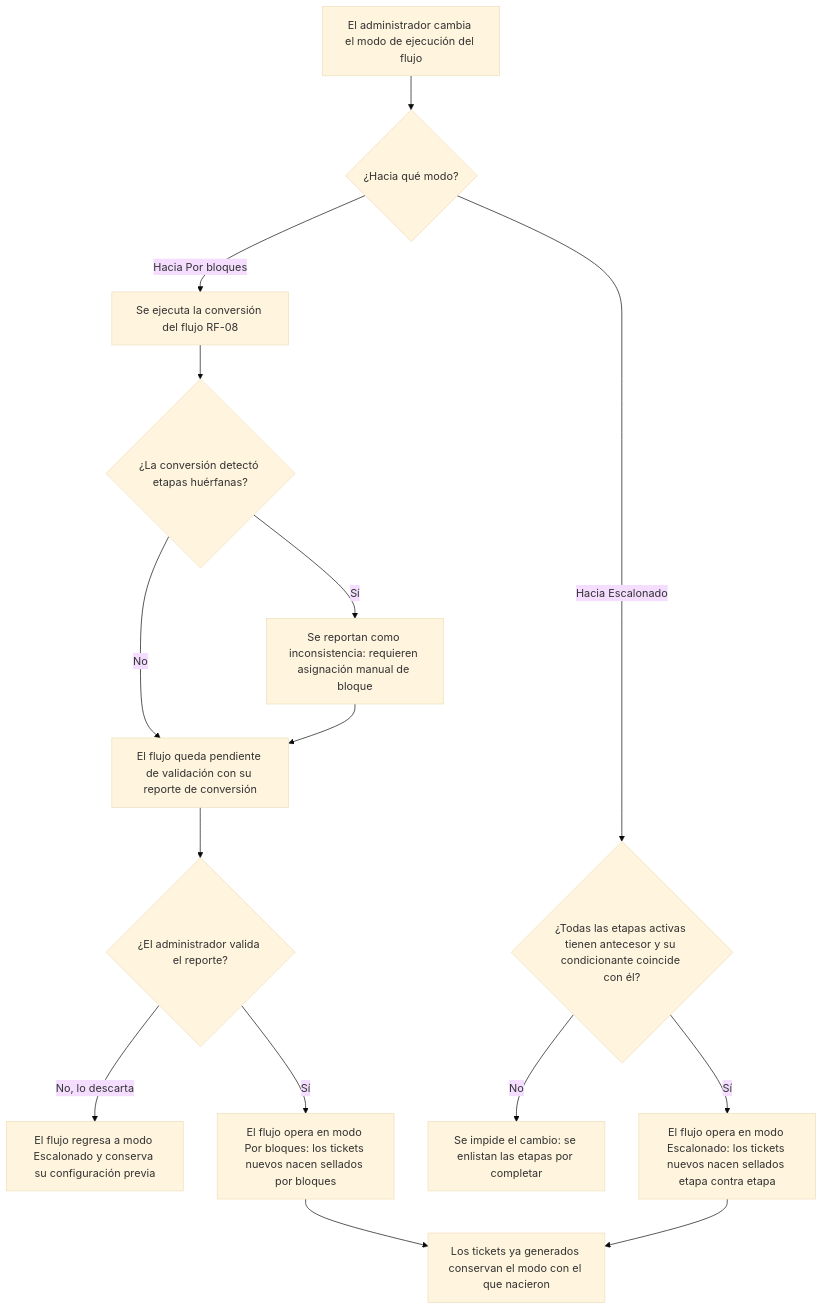
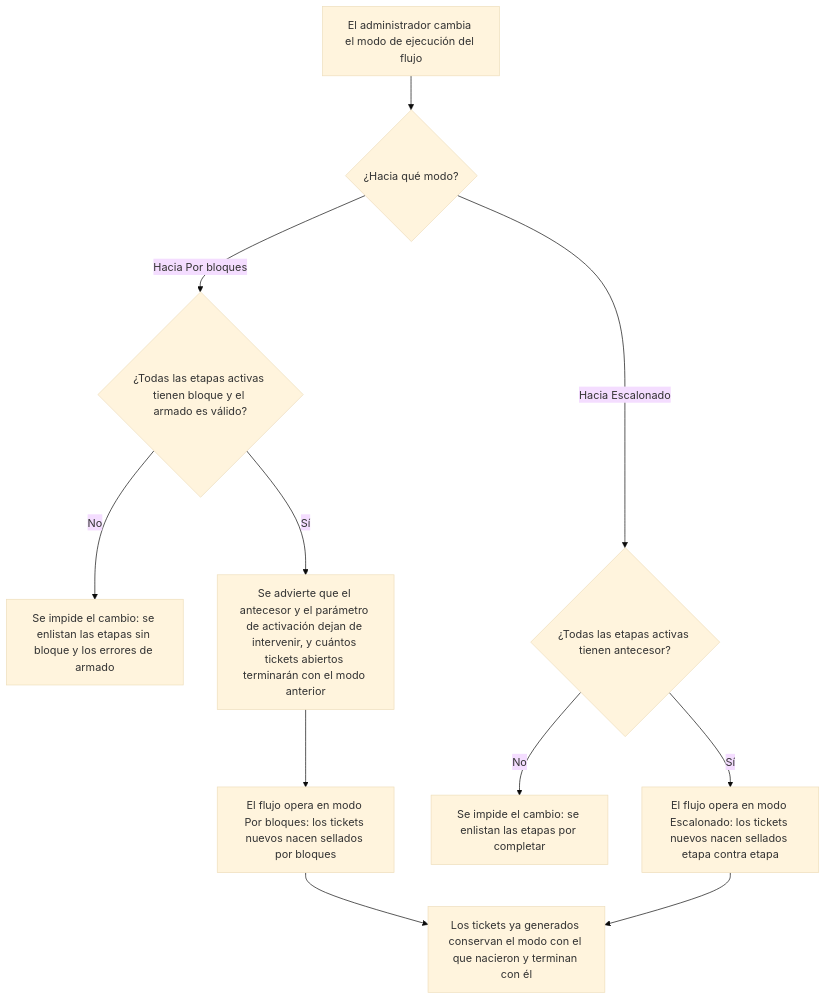
The fourth of 5 diagrams in docs/Proyectos/iNN/Baja usuario - Ticket escalonado/Ejecución del Flujo de Trabajo de Tickets por Bloques.md (solis1408/Business-Suite), drawn with Mermaid (base theme) before and after one commit. The commit also changed other lines of this file, not shown here.

First line of the commit message:
docs(computo): cierra las preguntas abiertas y reduce el alcance a seis RF

````diff
--- a/docs/Proyectos/iNN/Baja usuario - Ticket escalonado/Ejecución del Flujo de Trabajo de Tickets por Bloques.md
+++ b/docs/Proyectos/iNN/Baja usuario - Ticket escalonado/Ejecución del Flujo de Trabajo de Tickets por Bloques.md
@@ -261,17 +251,13 @@
 ```mermaid
 flowchart TD
     A[El administrador cambia el modo de ejecución del flujo] --> B{¿Hacia qué modo?}
-    B -- Hacia Por bloques --> C[Se ejecuta la conversión del flujo RF-08]
-    C --> D{¿La conversión detectó etapas huérfanas?}
-    D -- Sí --> E[Se reportan como inconsistencia: requieren asignación manual de bloque]
-    D -- No --> F[El flujo queda pendiente de validación con su reporte de conversión]
-    E --> F
-    F --> G{¿El administrador valida el reporte?}
-    G -- No, lo descarta --> H[El flujo regresa a modo Escalonado y conserva su configuración previa]
-    G -- Sí --> I[El flujo opera en modo Por bloques: los tickets nuevos nacen sellados por bloques]
-    B -- Hacia Escalonado --> J{¿Todas las etapas activas tienen antecesor y su condicionante coincide con él?}
+    B -- Hacia Por bloques --> C{¿Todas las etapas activas tienen bloque y el armado es válido?}
+    C -- No --> D[Se impide el cambio: se enlistan las etapas sin bloque y los errores de armado]
+    C -- Sí --> E[Se advierte que el antecesor y el parámetro de activación dejan de intervenir, y cuántos tickets abiertos terminarán con el modo anterior]
+    E --> I[El flujo opera en modo Por bloques: los tickets nuevos nacen sellados por bloques]
+    B -- Hacia Escalonado --> J{¿Todas las etapas activas tienen antecesor?}
     J -- No --> K[Se impide el cambio: se enlistan las etapas por completar]
     J -- Sí --> L[El flujo opera en modo Escalonado: los tickets nuevos nacen sellados etapa contra etapa]
-    I --> M[Los tickets ya generados conservan el modo con el que nacieron]
+    I --> M[Los tickets ya generados conservan el modo con el que nacieron y terminan con él]
     L --> M
 ```
````
